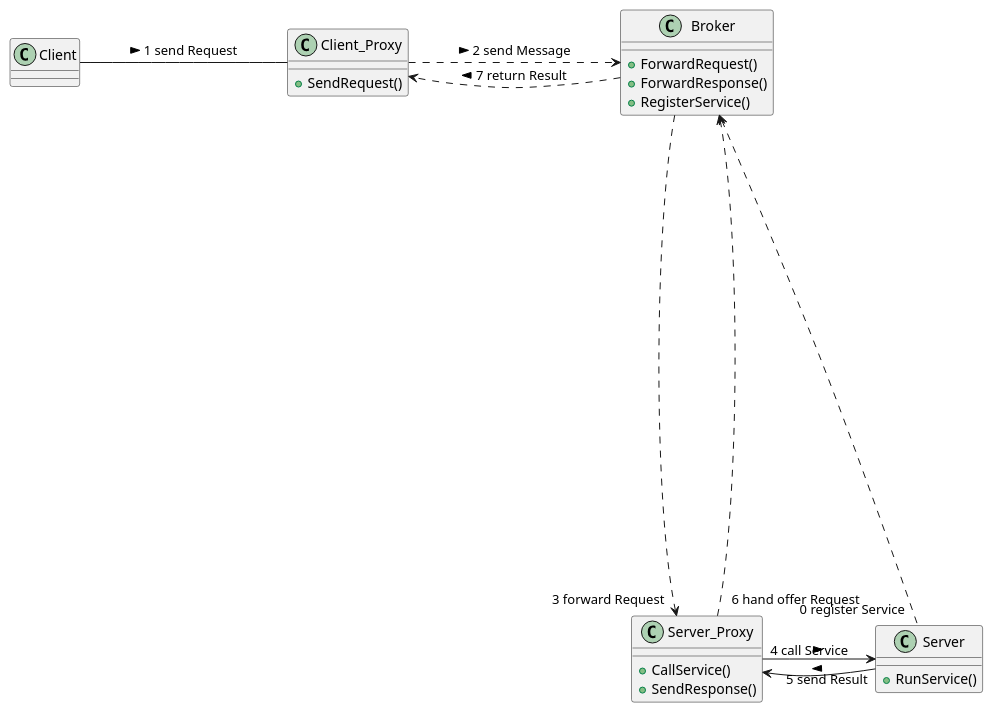
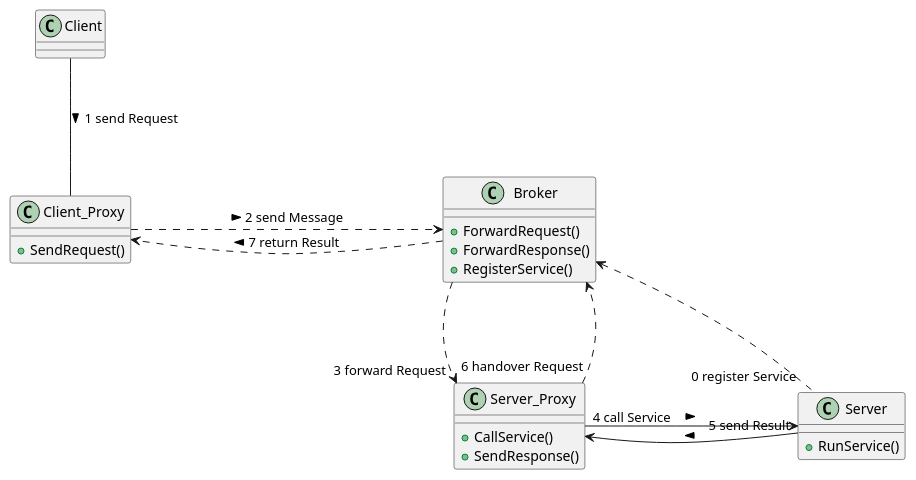
One commit to Martin1088/Plantuml-With-Screenreader changed the diagram in Projekte/Verbis/BasicBroker.puml. Above: the diagram before and after it, drawn with PlantUML. The commit also changed 38 other files, not shown here.

```diff
--- a/Projekte/Verbis/BasicBroker.puml
+++ b/Projekte/Verbis/BasicBroker.puml
@@ -1,37 +1,37 @@
 @startuml
 
-skinparam nodesep 100
-skinparam ranksep 500
+skinparam nodesep 200
+skinparam ranksep 100
 
 class Client{}
 
 class Client_Proxy {
     + SendRequest()
 }
 
 class Broker {
     + ForwardRequest()
     + ForwardResponse()
     + RegisterService()
 }
 
 class Server_Proxy {
     + CallService()
     + SendResponse()
 }
 
 class Server {
     + RunService()
 }
 '' Connections 
-Client - Client_Proxy : 1 send Request >
+Client -- Client_Proxy : 1 send Request >
 Client_Proxy .> Broker: 2 send Message >
 Broker .> Client_Proxy: 7 return Result  >
-Broker .>"3 forward Request"  Server_Proxy 
-Server_Proxy "6 hand offer Request" .> Broker
+Broker .> "3 forward Request"  Server_Proxy 
+Server_Proxy "6 handover Request" .> Broker
 Server_Proxy -> Server: "4 call Service" >
 Server -> Server_Proxy:"5 send Result" >
 Broker <.. "0 register Service"  Server
 
 
 @enduml
```
